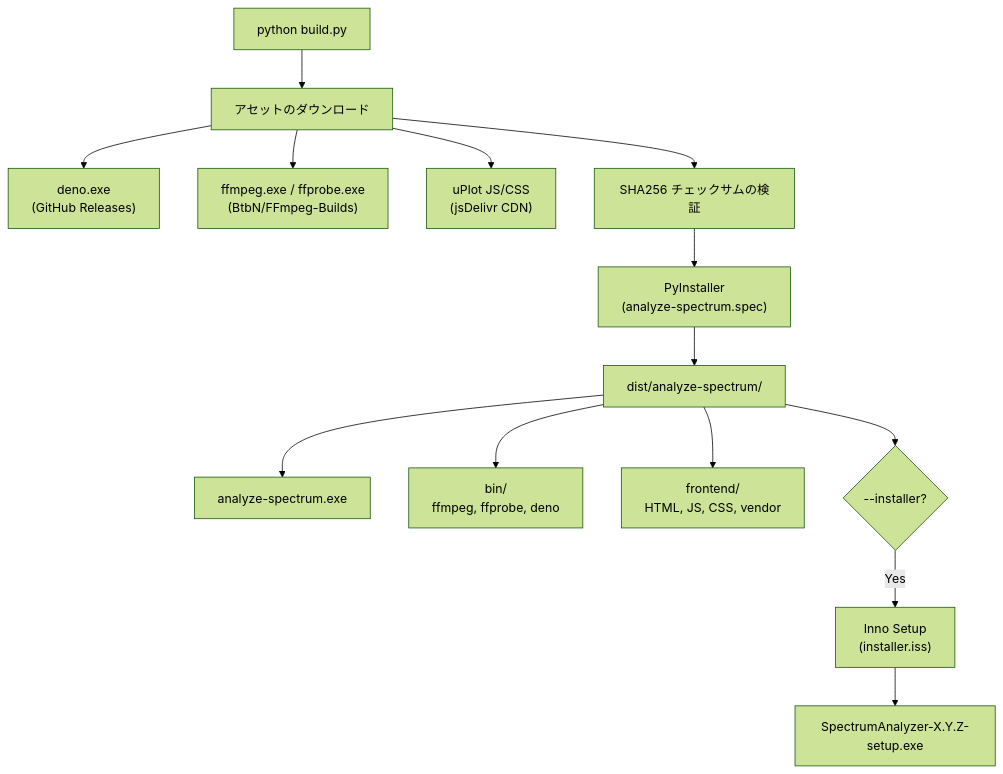
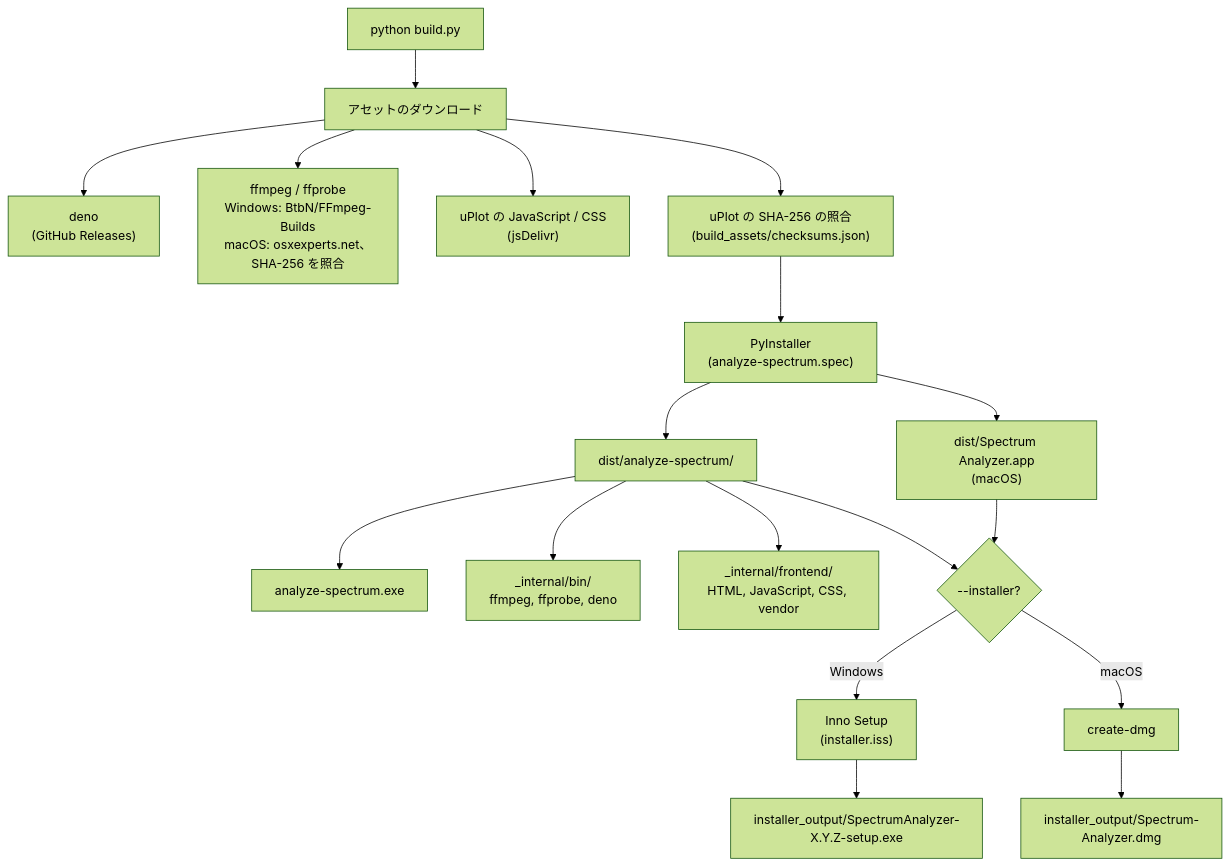
Before and after one commit to semnil/analyze-spectrum: diagram 16 of 18 in docs/architecture.ja.md, drawn with Mermaid (forest theme). The commit also changed other lines of this file and 7 other files, not shown here.

````diff
--- a/docs/architecture.ja.md
+++ b/docs/architecture.ja.md
@@ -446,22 +496,26 @@
 ```mermaid
 flowchart TD
     BUILD["python build.py"]
     DL_ASSETS["アセットのダウンロード"]
 
-    DL_ASSETS --> DENO["deno.exe<br>(GitHub Releases)"]
-    DL_ASSETS --> FFMPEG["ffmpeg.exe / ffprobe.exe<br>(BtbN/FFmpeg-Builds)"]
-    DL_ASSETS --> UPLOT["uPlot JS/CSS<br>(jsDelivr CDN)"]
+    DL_ASSETS --> DENO["deno<br>(GitHub Releases)"]
+    DL_ASSETS --> FFMPEG["ffmpeg / ffprobe<br>Windows: BtbN/FFmpeg-Builds<br>macOS: osxexperts.net、SHA-256 を照合"]
+    DL_ASSETS --> UPLOT["uPlot の JavaScript / CSS<br>(jsDelivr)"]
 
     BUILD --> DL_ASSETS
-    DL_ASSETS --> VERIFY["SHA256 チェックサムの検証"]
+    DL_ASSETS --> VERIFY["uPlot の SHA-256 の照合<br>(build_assets/checksums.json)"]
     VERIFY --> PYINST["PyInstaller<br>(analyze-spectrum.spec)"]
 
     PYINST --> BUNDLE["dist/analyze-spectrum/"]
     BUNDLE --> EXE["analyze-spectrum.exe"]
-    BUNDLE --> BIN["bin/<br>ffmpeg, ffprobe, deno"]
-    BUNDLE --> FE["frontend/<br>HTML, JS, CSS, vendor"]
+    BUNDLE --> BIN["_internal/bin/<br>ffmpeg, ffprobe, deno"]
+    BUNDLE --> FE["_internal/frontend/<br>HTML, JavaScript, CSS, vendor"]
+    PYINST --> APP["dist/Spectrum Analyzer.app<br>(macOS)"]
 
     BUNDLE --> ISS{"--installer?"}
-    ISS -->|Yes| INNO["Inno Setup<br>(installer.iss)"]
-    INNO --> SETUP["SpectrumAnalyzer-X.Y.Z-setup.exe"]
+    APP --> ISS
+    ISS -->|Windows| INNO["Inno Setup<br>(installer.iss)"]
+    INNO --> SETUP["installer_output/SpectrumAnalyzer-X.Y.Z-setup.exe"]
+    ISS -->|macOS| CDMG["create-dmg"]
+    CDMG --> DMG["installer_output/Spectrum-Analyzer.dmg"]
 ```
````
